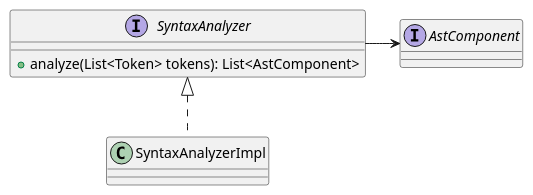
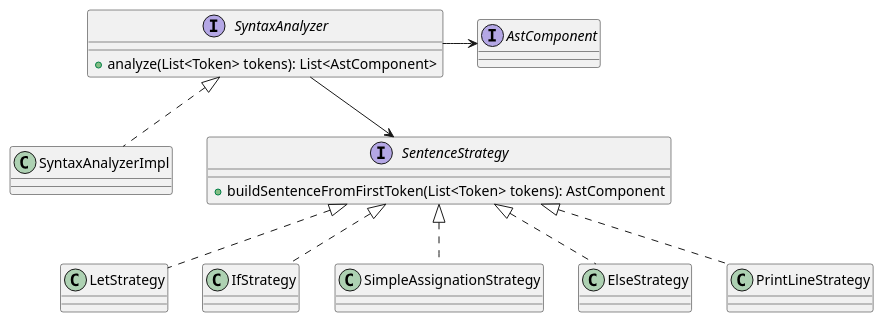
Before and after one commit to Al-Fajor/printscript: the diagram in diagrams/syntax/class diagram.puml, drawn with PlantUML. The commit also changed 6 other files, not shown here.

```diff
--- a/diagrams/syntax/class diagram.puml
+++ b/diagrams/syntax/class diagram.puml
@@ -1,12 +1,23 @@
 @startuml
 
 interface SyntaxAnalyzer{
     +analyze(List<Token> tokens): List<AstComponent>
 }
 class SyntaxAnalyzerImpl implements SyntaxAnalyzer
 
+interface SentenceStrategy{
+    +buildSentenceFromFirstToken(List<Token> tokens): AstComponent
+}
+
+class LetStrategy implements SentenceStrategy
+class IfStrategy implements SentenceStrategy
+class SimpleAssignationStrategy implements SentenceStrategy
+class ElseStrategy implements SentenceStrategy
+class PrintLineStrategy implements SentenceStrategy
+
 interface AstComponent
 
 'Relations
 SyntaxAnalyzer -> AstComponent
+SyntaxAnalyzer --> SentenceStrategy
 @enduml
```
